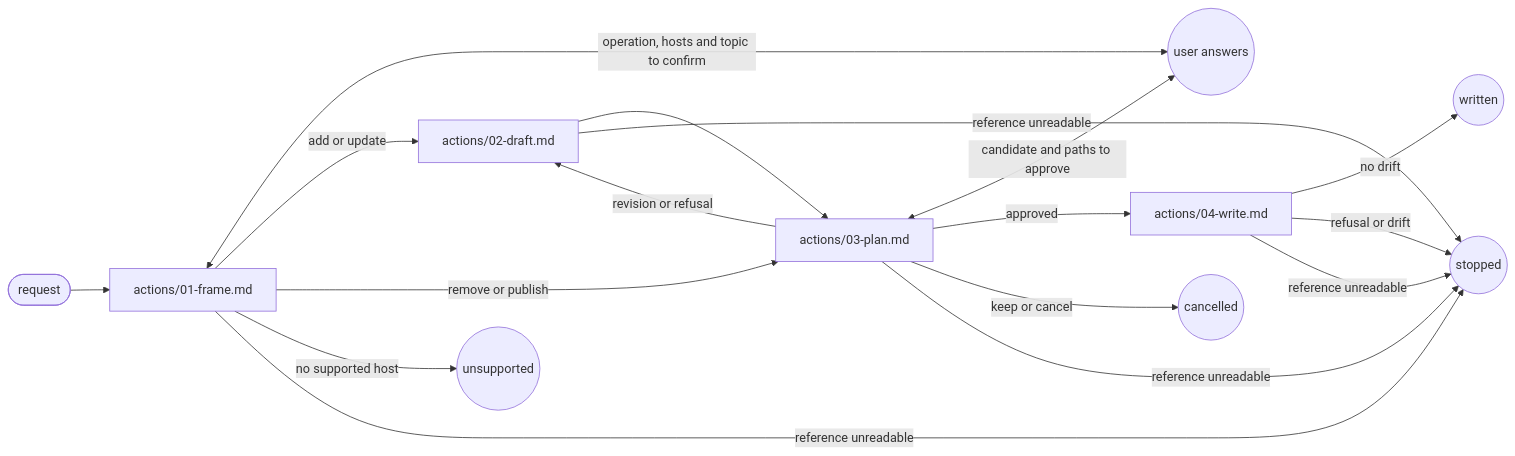
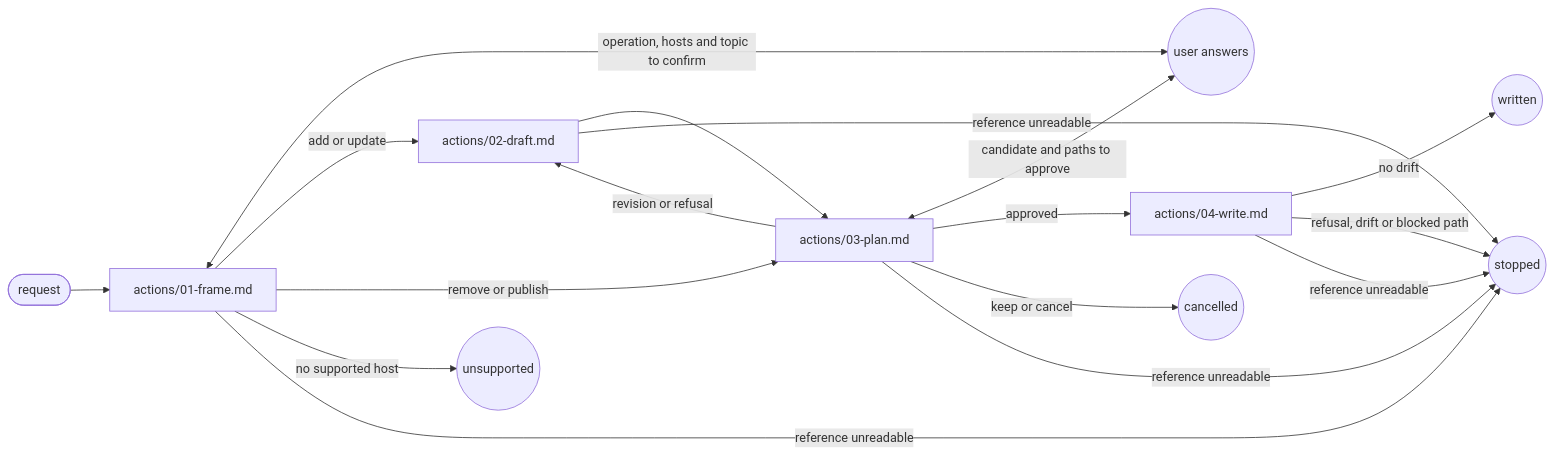
Before and after one commit to ai-driven-dev/framework: the diagram in plugins/aidd-context/skills/05-rule-generate/SKILL.md, drawn with Mermaid. The commit also changed 5 other files, not shown here.

````diff
--- a/plugins/aidd-context/skills/05-rule-generate/SKILL.md
+++ b/plugins/aidd-context/skills/05-rule-generate/SKILL.md
@@ -9,20 +9,20 @@
 ```mermaid
 flowchart LR
   frame["actions/01-frame.md"]
   draft["actions/02-draft.md"]
   plan["actions/03-plan.md"]
   write["actions/04-write.md"]
   entry([request]) --> frame
   frame <-->|"operation, hosts and topic to confirm"| user((user answers))
   plan <-->|"candidate and paths to approve"| user
   frame -->|"add or update"| draft
   frame -->|"remove or publish"| plan
   frame -->|"no supported host"| unsupported((unsupported))
   draft --> plan
   plan -->|"approved"| write
   plan -->|"revision or refusal"| draft
   plan -->|"keep or cancel"| cancelled((cancelled))
   write -->|"no drift"| written((written))
-  write -->|"refusal or drift"| stopped((stopped))
+  write -->|"refusal, drift or blocked path"| stopped((stopped))
   frame & draft & plan & write -->|"reference unreadable"| stopped
 ```
````
